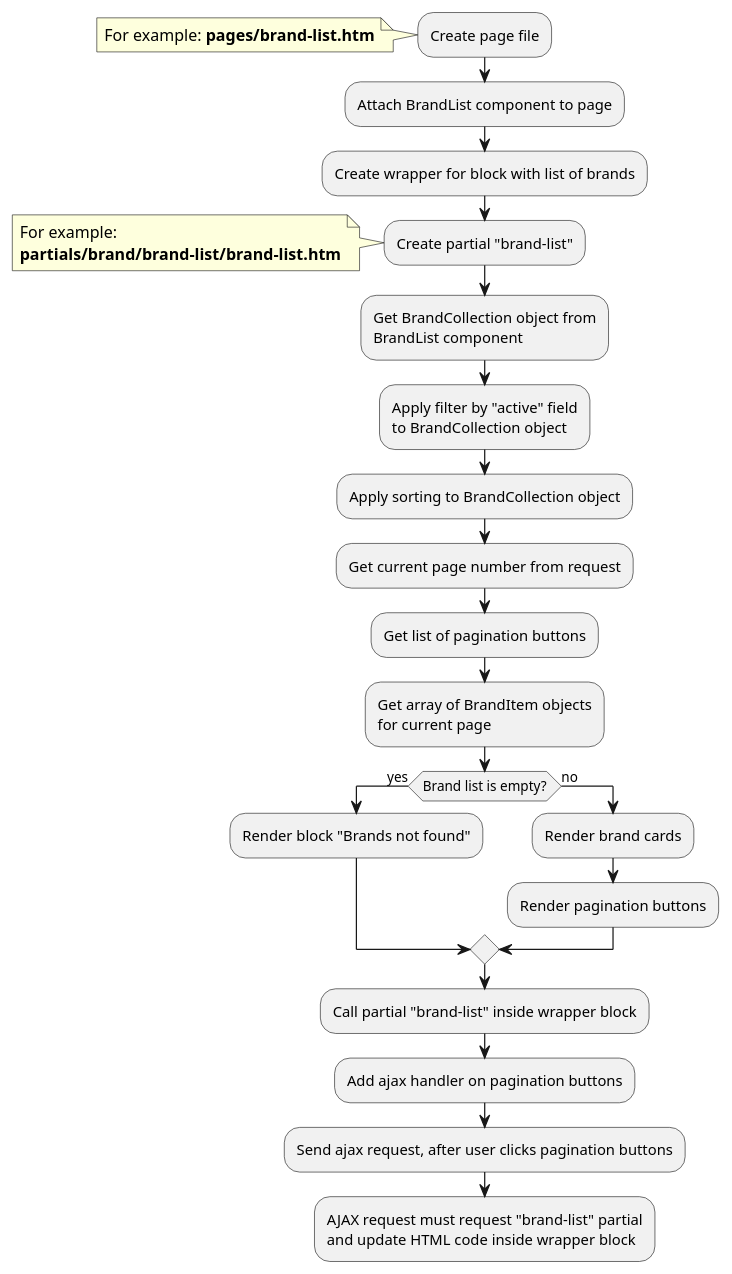
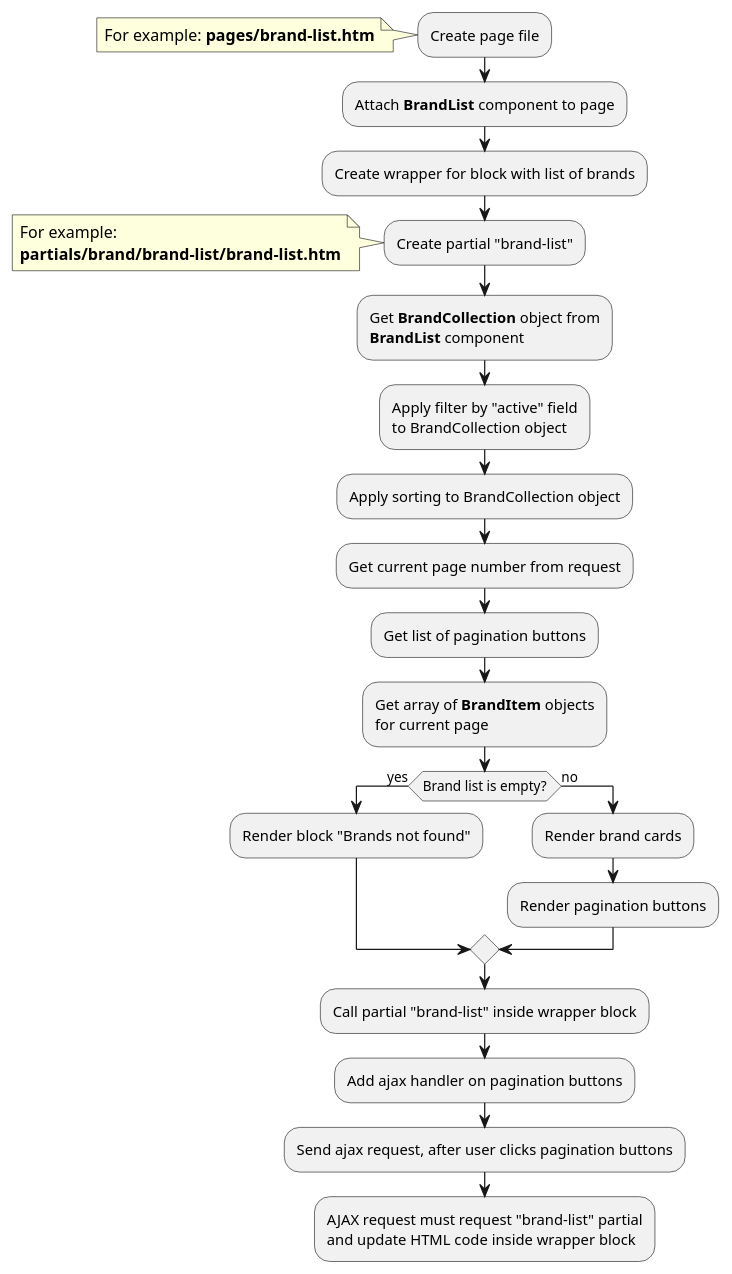
One commit to oc-shopaholic/oc-shopaholic-docs changed the third of 4 diagrams in modules/brand/examples.md. Above: the diagram before and after it, drawn with PlantUML. The commit also changed other lines of this file and 25 other files, not shown here.

````diff
--- a/modules/brand/examples.md
+++ b/modules/brand/examples.md
@@ -113,35 +113,35 @@
 ```plantuml
 @startuml
 :Create page file;
 note left
     For example: **pages/brand-list.htm**
 end note
-:Attach BrandList component to page;
+:Attach **BrandList** component to page;
 :Create wrapper for block with list of brands;
 :Create partial "brand-list";
 note left
     For example:
     **partials/brand/brand-list/brand-list.htm**
 end note
-:Get BrandCollection object from
-BrandList component;
+:Get **BrandCollection** object from
+**BrandList** component;
 :Apply filter by "active" field
 to BrandCollection object;
 :Apply sorting to BrandCollection object;
 :Get current page number from request;
 :Get list of pagination buttons;
-:Get array of BrandItem objects
+:Get array of **BrandItem** objects
 for current page;
 if (Brand list is empty?) then (yes)
     :Render block "Brands not found";
 else (no)
     :Render brand cards;
     :Render pagination buttons;
 endif
 :Call partial "brand-list" inside wrapper block;
 :Add ajax handler on pagination buttons;
 :Send ajax request, after user clicks pagination buttons;
 :AJAX request must request "brand-list" partial
 and update HTML code inside wrapper block;
 @enduml
 ```
````
